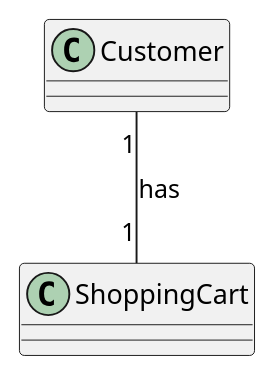
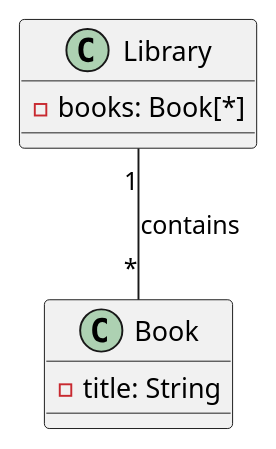
Before and after one commit to andikatjacobdennis/UML: the first of 9 diagrams in relationships/UML_Relationships_Tutorial.md, drawn with PlantUML. The commit also changed other lines of this file, not shown here.

````diff
--- a/relationships/UML_Relationships_Tutorial.md
+++ b/relationships/UML_Relationships_Tutorial.md
@@ -17,7 +15,11 @@
 ```plantuml
 @startuml
-class Customer
-class ShoppingCart
-Customer "1" -- "1" ShoppingCart : has
+class Library {
+  -books: Book[*]
+}
+class Book {
+  -title: String
+}
+Library "1" -- "*" Book : contains
 @enduml
 ```
````
